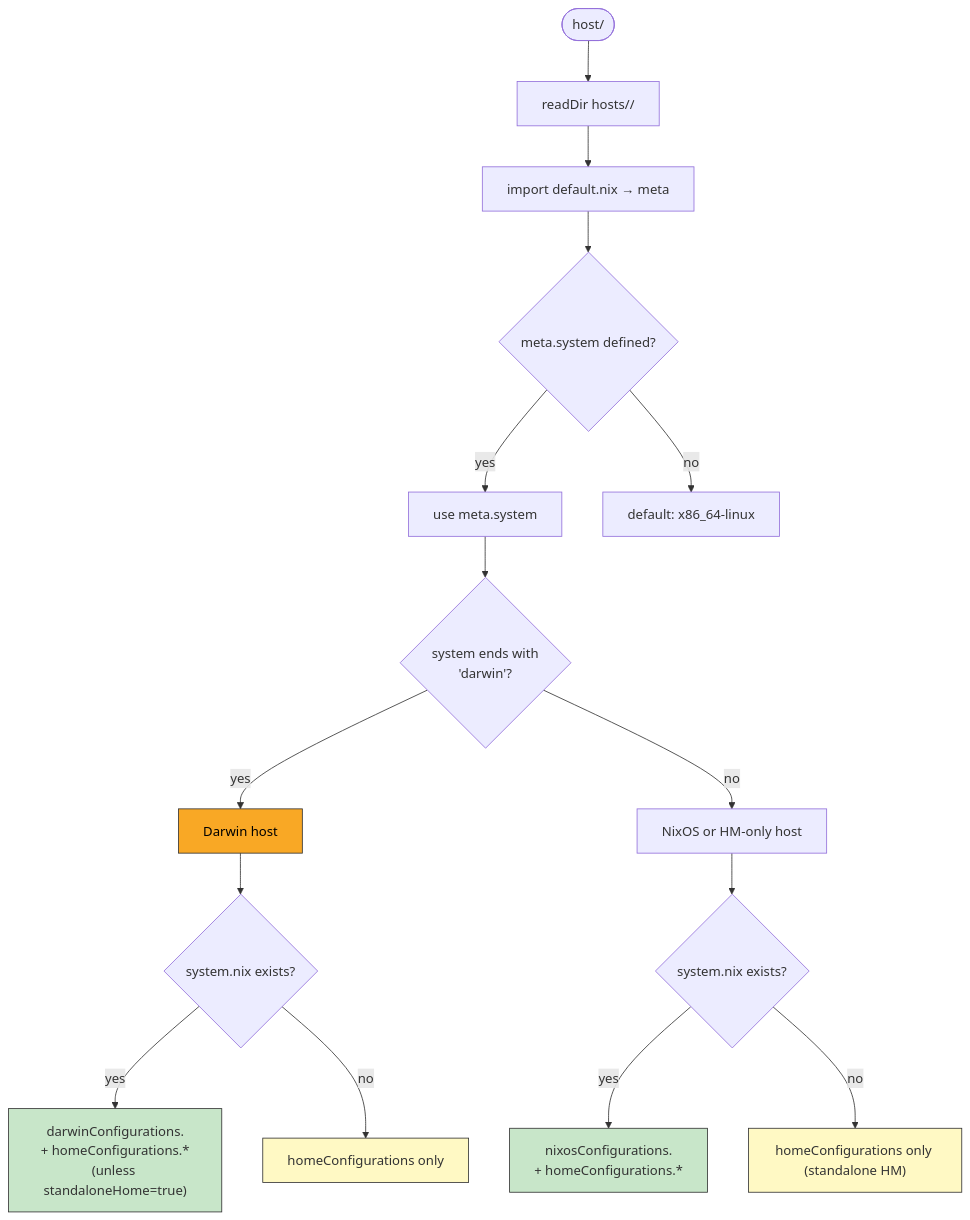
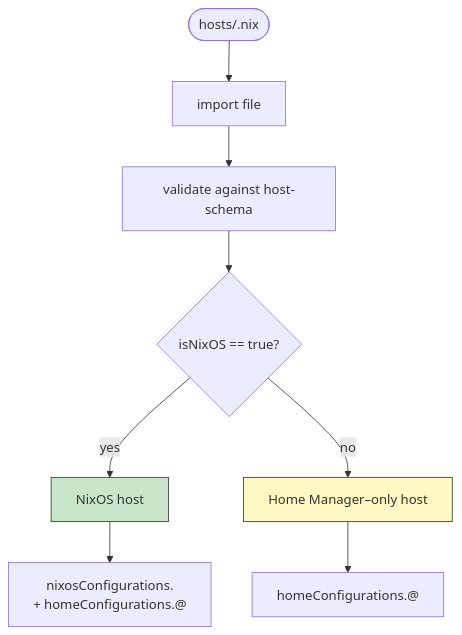
One commit to WombatFromHell/automatic-palm-tree changed the third of 8 diagrams in DESIGN.md. Above: the diagram before and after it, drawn with Mermaid. The commit also changed other lines of this file and 1 other file, not shown here.

````diff
--- a/DESIGN.md
+++ b/DESIGN.md
@@ -114,26 +135,15 @@
 ```mermaid
 flowchart TD
-    Start(["host/"]) --> readDir["readDir hosts/<name>/"]
-    readDir --> readMeta["import default.nix → meta"]
-    readMeta --> hasMeta{"meta.system defined?"}
-    hasMeta -->|yes| finalSys["use meta.system"]
-    hasMeta -->|no| defaultSys["default: x86_64-linux"]
+    Start(["hosts/<name>.nix"]) --> read["import file"]
+    read --> schema["validate against host-schema"]
+    schema --> isNixOS{"isNixOS == true?"}
 
-    finalSys --> classify{"system ends with\n'darwin'?"}
-    classify -->|yes| darwinHost["Darwin host"]
-    classify -->|no| linuxHost["NixOS or HM-only host"]
+    isNixOS -->|yes| nixosHost["NixOS host"]
+    isNixOS -->|no| hmOnly["Home Manager–only host"]
 
-    darwinHost --> hasSys{"system.nix exists?"}
-    hasSys -->|yes| fullDarwin["darwinConfigurations.<host>\n+ homeConfigurations.*\n(unless standaloneHome=true)"]
-    hasSys -->|no| hmOnlyDarwin["homeConfigurations only"]
+    nixosHost --> nixosOut["nixosConfigurations.<name>\n+ homeConfigurations.<user>@<name>"]
+    hmOnly --> hmOut["homeConfigurations.<user>@<name>"]
 
-    linuxHost --> hasSys2{"system.nix exists?"}
-    hasSys2 -->|yes| fullLinux["nixosConfigurations.<host>\n+ homeConfigurations.*"]
-    hasSys2 -->|no| hmOnlyLinux["homeConfigurations only (standalone HM)"]
-
-    style darwinHost fill:#f9a825,stroke:#333,color:#000
-    style fullDarwin fill:#c8e6c9,stroke:#333
-    style fullLinux fill:#c8e6c9,stroke:#333
-    style hmOnlyDarwin fill:#fff9c4,stroke:#333
-    style hmOnlyLinux fill:#fff9c4,stroke:#333
+    style nixosHost fill:#c8e6c9,stroke:#333
+    style hmOnly fill:#fff9c4,stroke:#333
 ```
````
